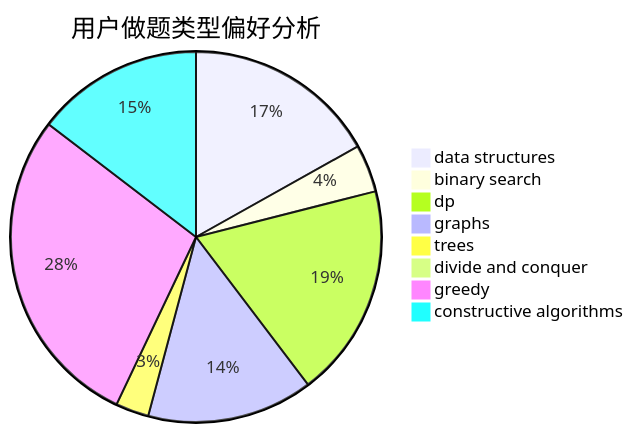
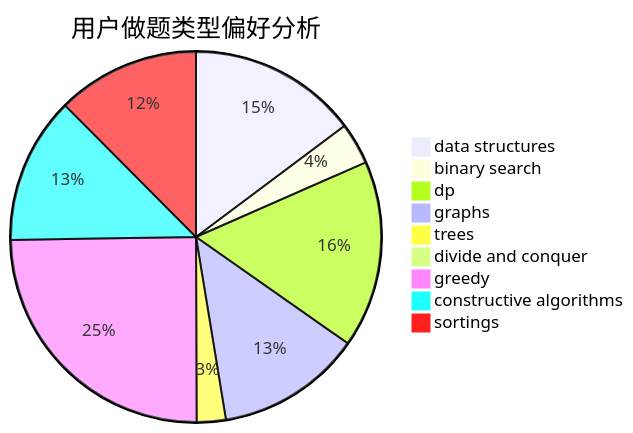
Before and after one commit to sherpahu/cfrs.github.io: the second of 3 diagrams in docs/user/u1477.md, drawn with Mermaid. The commit also changed other lines of this file and 2769 other files, not shown here.

````diff
--- a/docs/user/u1477.md
+++ b/docs/user/u1477.md
@@ -23,11 +18,12 @@
 ```mermaid
 pie title 用户做题类型偏好分析
     "data structures" :  134
     "binary search" :  33
     "dp" :  148
     "graphs" :  115
     "trees" :  23
     "divide and conquer" :  0
     "greedy" :  225
     "constructive algorithms" :  116
+    "sortings" :  113
 ```
````
